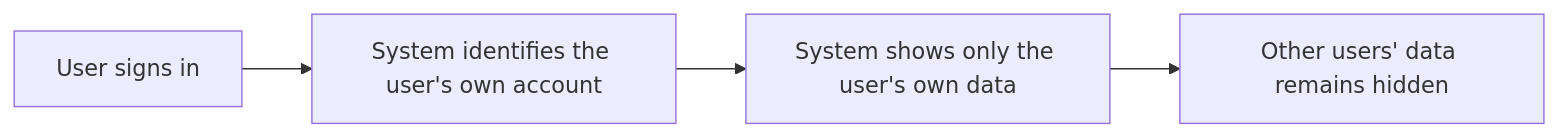
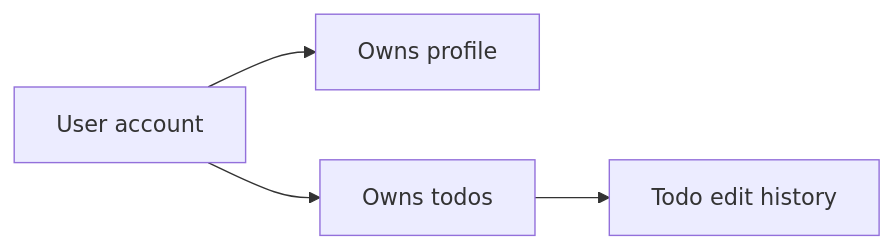
One commit to wrtnlabs/autobe-examples changed the first of 4 diagrams in openai/gpt-5.4-mini/todo/docs/analysis/05-non-functional.md. Above: the diagram before and after it, drawn with Mermaid. The commit also changed other lines of this file and 6645 other files, not shown here.

````diff
--- a/openai/gpt-5.4-mini/todo/docs/analysis/05-non-functional.md
+++ b/openai/gpt-5.4-mini/todo/docs/analysis/05-non-functional.md
@@ -21,6 +22,6 @@
 ```mermaid
 flowchart LR
-    A["User signs in"] --> B["System identifies the user's own account"]
-    B --> C["System shows only the user's own data"]
-    C --> D["Other users' data remains hidden"]
+    A["User account"] --> B["Owns profile"]
+    A --> C["Owns todos"]
+    C --> D["Todo edit history"]
 ```
````
